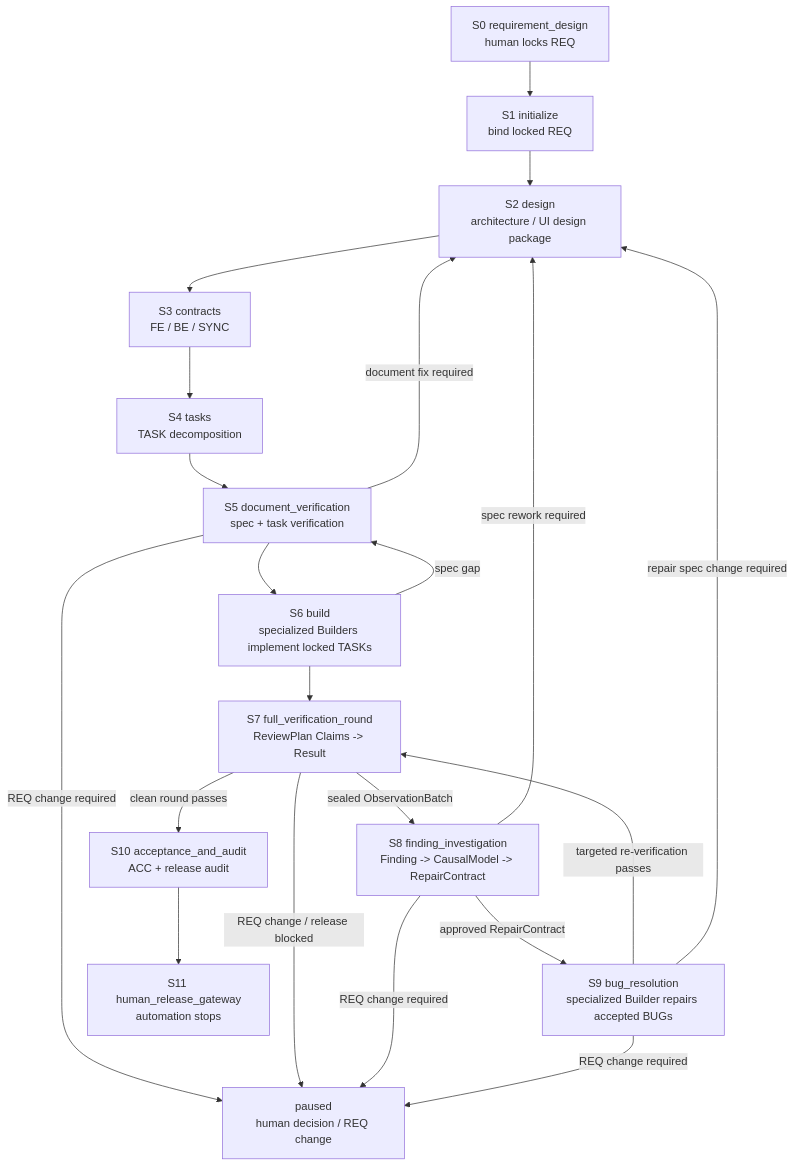
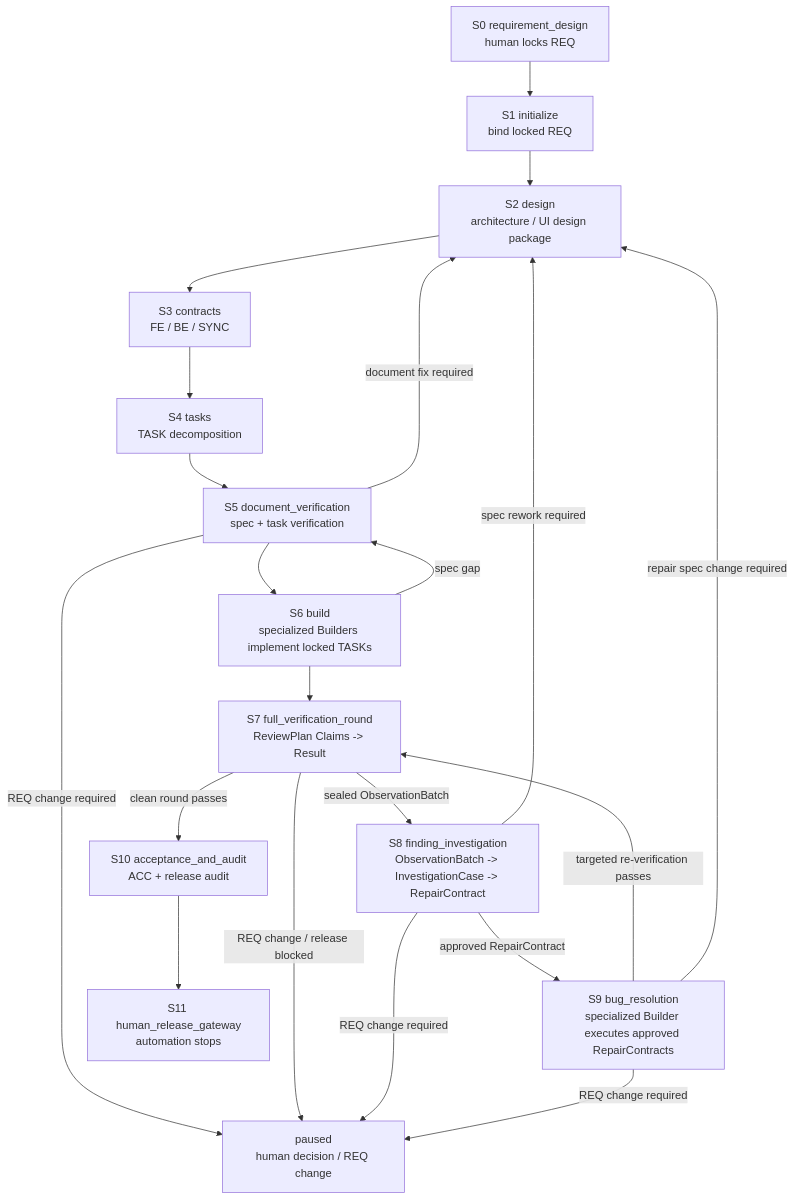
The first of 2 diagrams in docs/agent-protocol.md (Sebs-Lee/go-system-builder), drawn with Mermaid before and after one commit. The commit also changed other lines of this file and 16 other files, not shown here.

````diff
--- a/docs/agent-protocol.md
+++ b/docs/agent-protocol.md
@@ -112,30 +112,30 @@
 ```mermaid
 flowchart TD
     S0["S0 requirement_design<br/>human locks REQ"]
     S1["S1 initialize<br/>bind locked REQ"]
     S2["S2 design<br/>architecture / UI design package"]
     S3["S3 contracts<br/>FE / BE / SYNC"]
     S4["S4 tasks<br/>TASK decomposition"]
     S5["S5 document_verification<br/>spec + task verification"]
     S6["S6 build<br/>specialized Builders implement locked TASKs"]
     S7["S7 full_verification_round<br/>ReviewPlan Claims -> Result"]
-    S8["S8 finding_investigation<br/>Finding -> CausalModel -> RepairContract"]
-    S9["S9 bug_resolution<br/>specialized Builder repairs accepted BUGs"]
+    S8["S8 finding_investigation<br/>ObservationBatch -> InvestigationCase -> RepairContract"]
+    S9["S9 bug_resolution<br/>specialized Builder executes approved RepairContracts"]
     S10["S10 acceptance_and_audit<br/>ACC + release audit"]
     S11["S11 human_release_gateway<br/>automation stops"]
     PAUSE["paused<br/>human decision / REQ change"]
 
     S0 --> S1 --> S2 --> S3 --> S4 --> S5 --> S6 --> S7
     S7 -->|"clean round passes"| S10 --> S11
     S7 -->|"sealed ObservationBatch"| S8 -->|"approved RepairContract"| S9 -->|"targeted re-verification passes"| S7
 
     S5 -->|"document fix required"| S2
     S6 -->|"spec gap"| S5
     S8 -->|"spec rework required"| S2
     S9 -->|"repair spec change required"| S2
 
     S5 -->|"REQ change required"| PAUSE
     S7 -->|"REQ change / release blocked"| PAUSE
     S8 -->|"REQ change required"| PAUSE
     S9 -->|"REQ change required"| PAUSE
 ```
````
